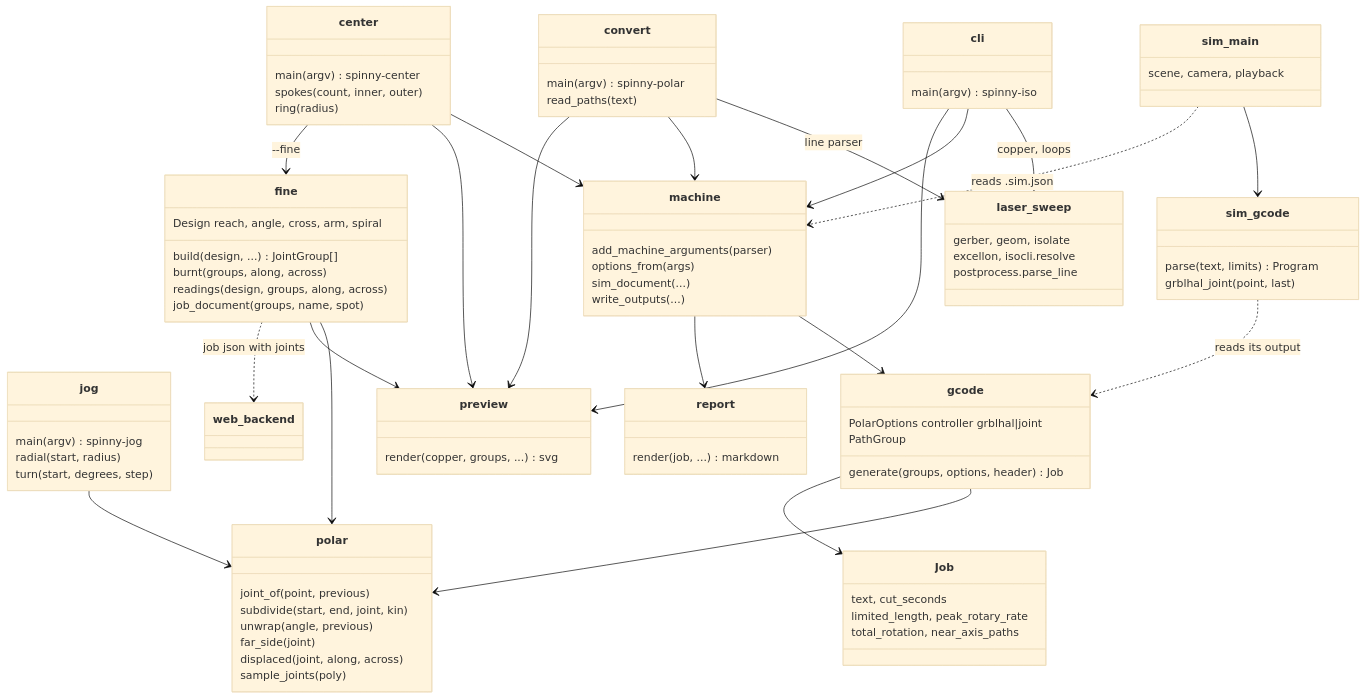
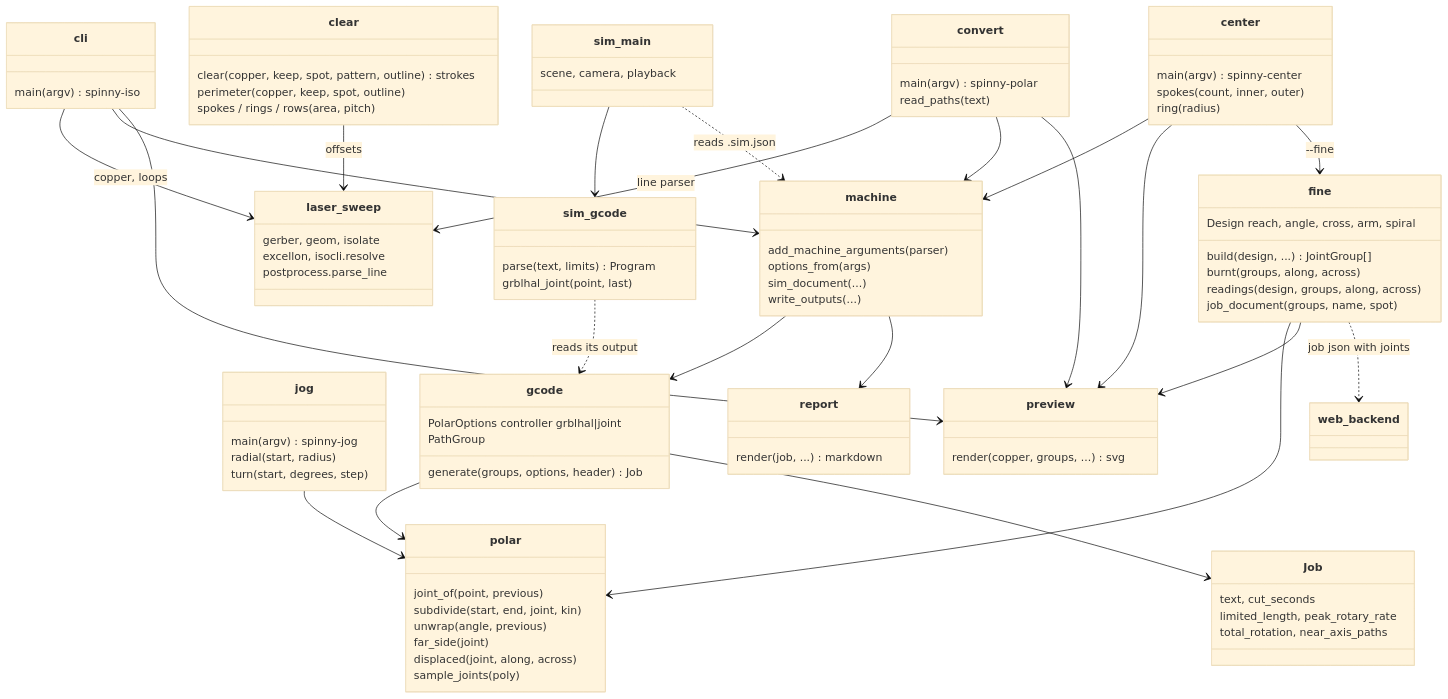
Before and after one commit to tmpk13/spinny-cnc: the second of 2 diagrams in README.md, drawn with Mermaid (base theme). The commit also changed 14 other files, not shown here.

```diff
--- a/README.md
+++ b/README.md
@@ -266,6 +266,11 @@
         main(argv)  spinny-center
         spokes(count, inner, outer)
         ring(radius)
+    }
+    class clear {
+        clear(copper, keep, spot, pattern, outline) strokes
+        perimeter(copper, keep, spot, outline)
+        spokes / rings / rows(area, pitch)
     }
     class fine {
         Design  reach, angle, cross, arm, spiral
@@ -327,6 +332,7 @@
     convert --> preview
     gcode --> polar
     jog --> polar
+    clear --> laser_sweep : offsets
     center --> machine
     center --> preview
     center --> fine : --fine
```
